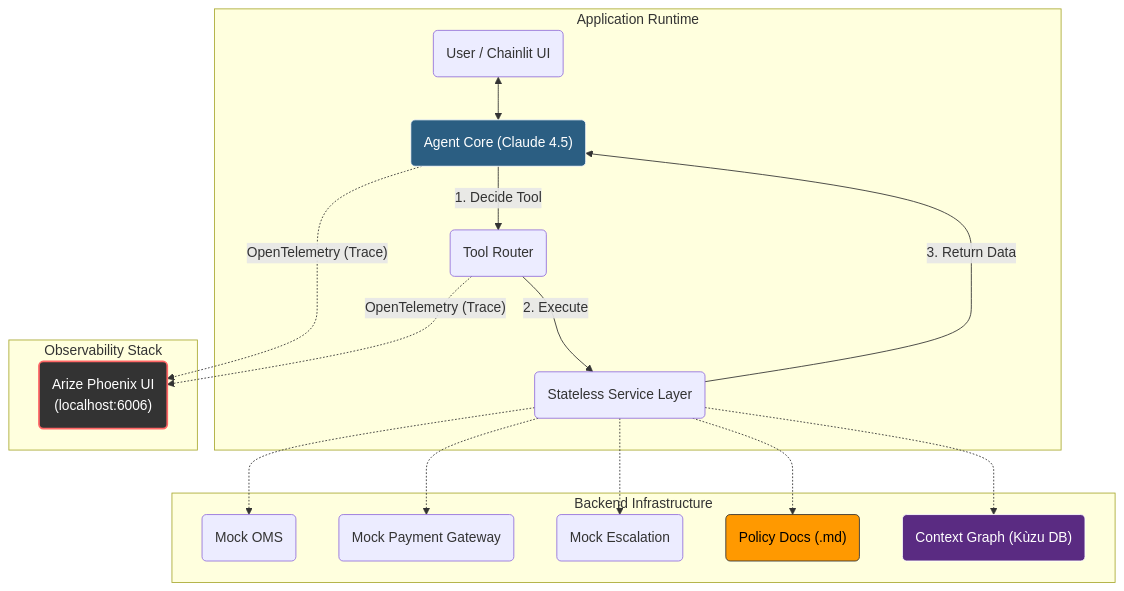
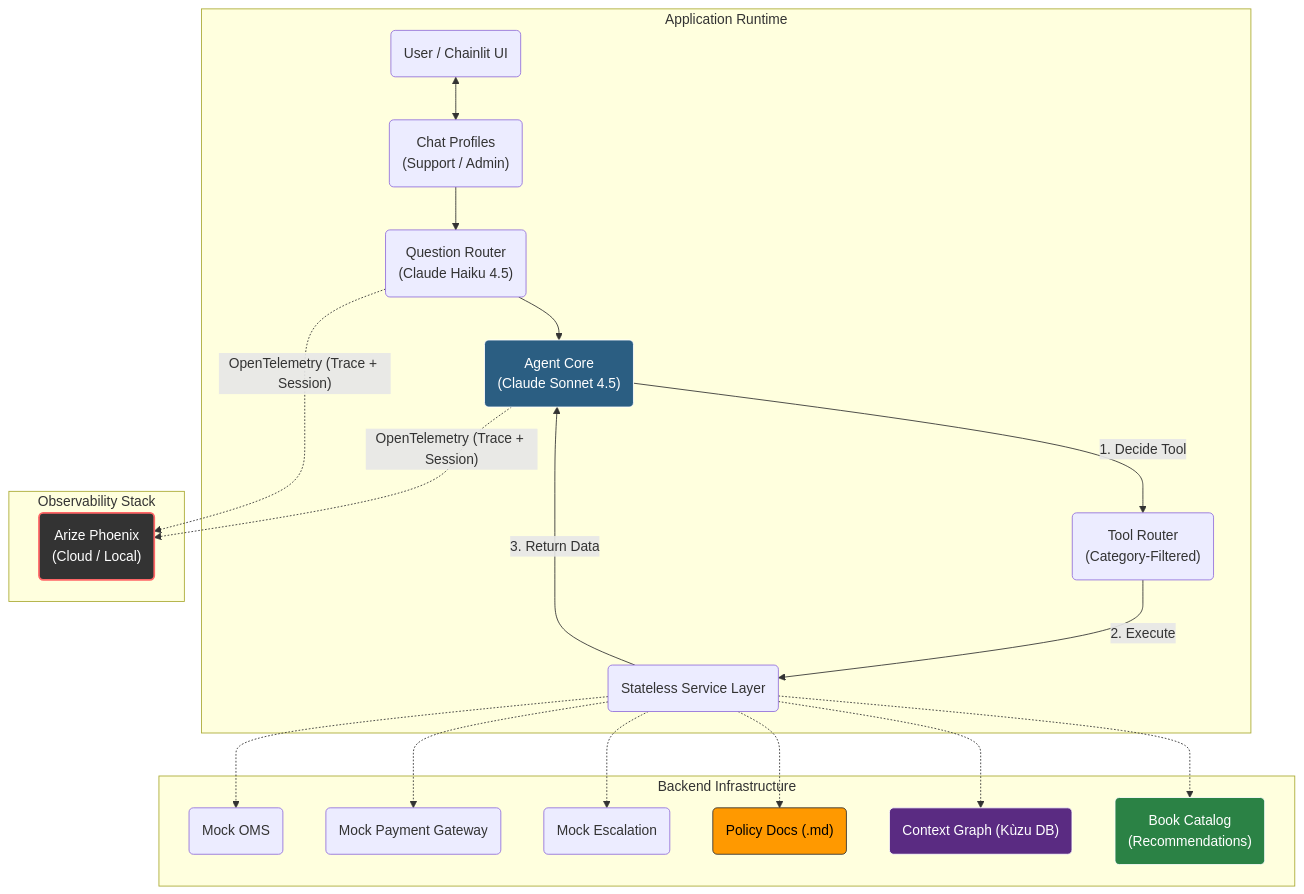
The first of 3 diagrams in README.md (nitinNayar/enterprise-cx-agent), drawn with Mermaid before and after one commit. The commit also changed other lines of this file, not shown here.

First line of the commit message:
docs: comprehensive README update with new features and Mermaid diagrams

````diff
--- a/README.md
+++ b/README.md
@@ -26,36 +26,38 @@
 ```mermaid
 graph TD
     %% --- Subgraph: Application Runtime ---
     subgraph App [Application Runtime]
-        User("User / Chainlit UI") <--> Agent("Agent Core (Claude 4.5)")
-        Agent -- "1. Decide Tool" --> Router("Tool Router")
-        Router -- "2. Execute" --> Services("Stateless Service Layer")
+        User("User / Chainlit UI") <--> Profiles("Chat Profiles<br/>(Support / Admin)")
+        Profiles --> Router("Question Router<br/>(Claude Haiku 4.5)")
+        Router --> Agent("Agent Core<br/>(Claude Sonnet 4.5)")
+        Agent -- "1. Decide Tool" --> ToolRouter("Tool Router<br/>(Category-Filtered)")
+        ToolRouter -- "2. Execute" --> Services("Stateless Service Layer")
         Services -- "3. Return Data" --> Agent
     end
 
     %% --- Subgraph: Backend Services ---
     subgraph Backends [Backend Infrastructure]
         Services -.-> OMS("Mock OMS")
         Services -.-> Stripe("Mock Payment Gateway")
         Services -.-> Zendesk("Mock Escalation")
         Services -.-> Policies("Policy Docs (.md)")
         Services -.-> Graph("Context Graph (Kùzu DB)")
+        Services -.-> Books("Book Catalog<br/>(Recommendations)")
     end
 
     %% --- Subgraph: Observability ---
     subgraph Observability [Observability Stack]
-        Phoenix("Arize Phoenix UI<br/>(localhost:6006)")
+        Phoenix("Arize Phoenix<br/>(Cloud / Local)")
     end
 
     %% --- Telemetry Connections ---
-    %% We link specific nodes to Phoenix to avoid 'box-in-box' rendering issues
-    Agent -.-> |"OpenTelemetry (Trace)"| Phoenix
-    Router -.-> |"OpenTelemetry (Trace)"| Phoenix
+    Agent -.-> |"OpenTelemetry (Trace + Session)"| Phoenix
+    Router -.-> |"OpenTelemetry (Trace + Session)"| Phoenix
 
     %% --- Styling ---
     style Phoenix fill:#333,stroke:#f66,stroke-width:2px,color:#fff
     style Agent fill:#2b5e82,stroke:#fff,color:#fff
     style Policies fill:#ff9900,stroke:#333,color:#000
     style Graph fill:#5a2b82,stroke:#fff,color:#fff
-
+    style Books fill:#2b8245,stroke:#fff,color:#fff
 ```
````
